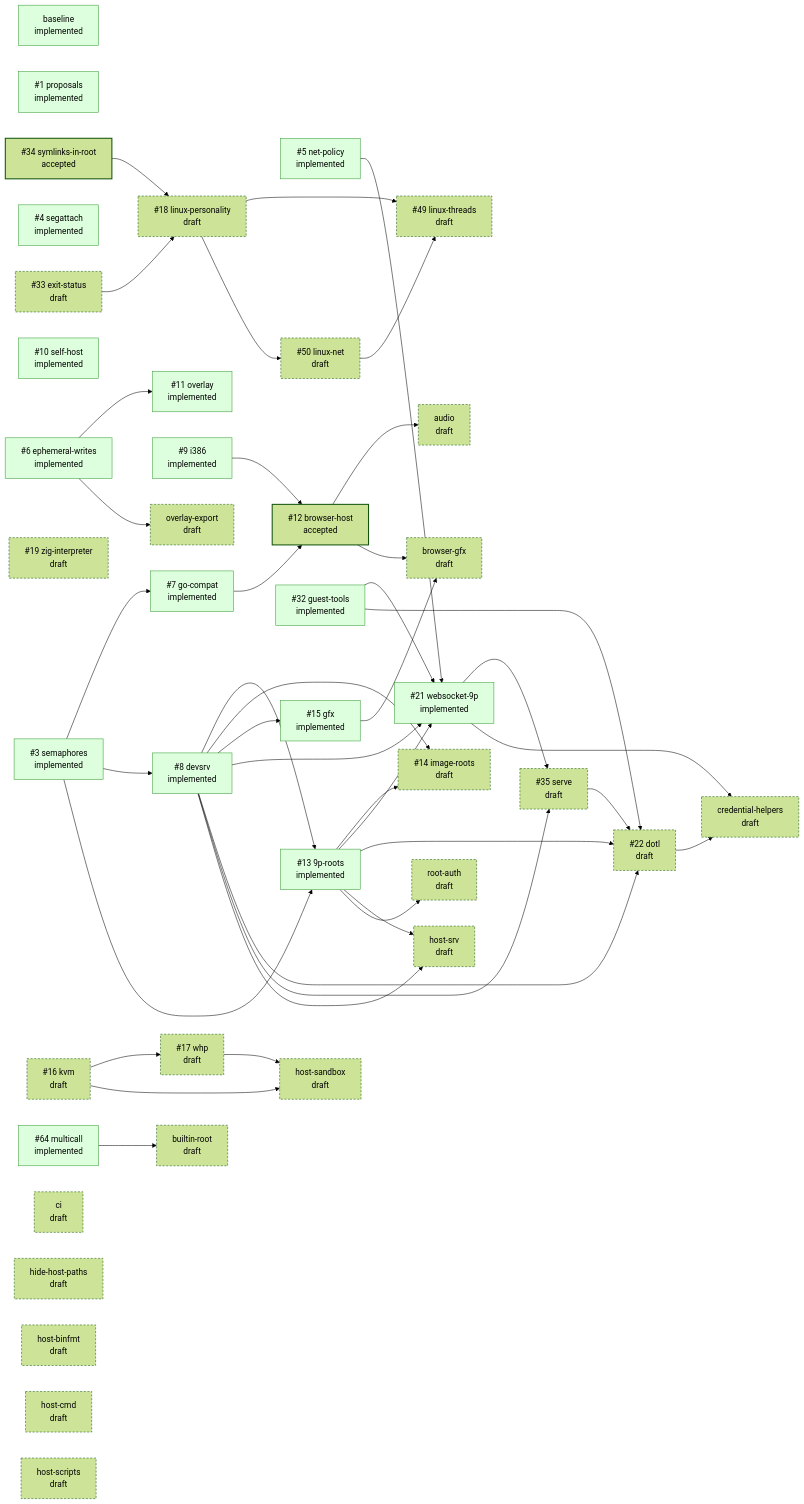
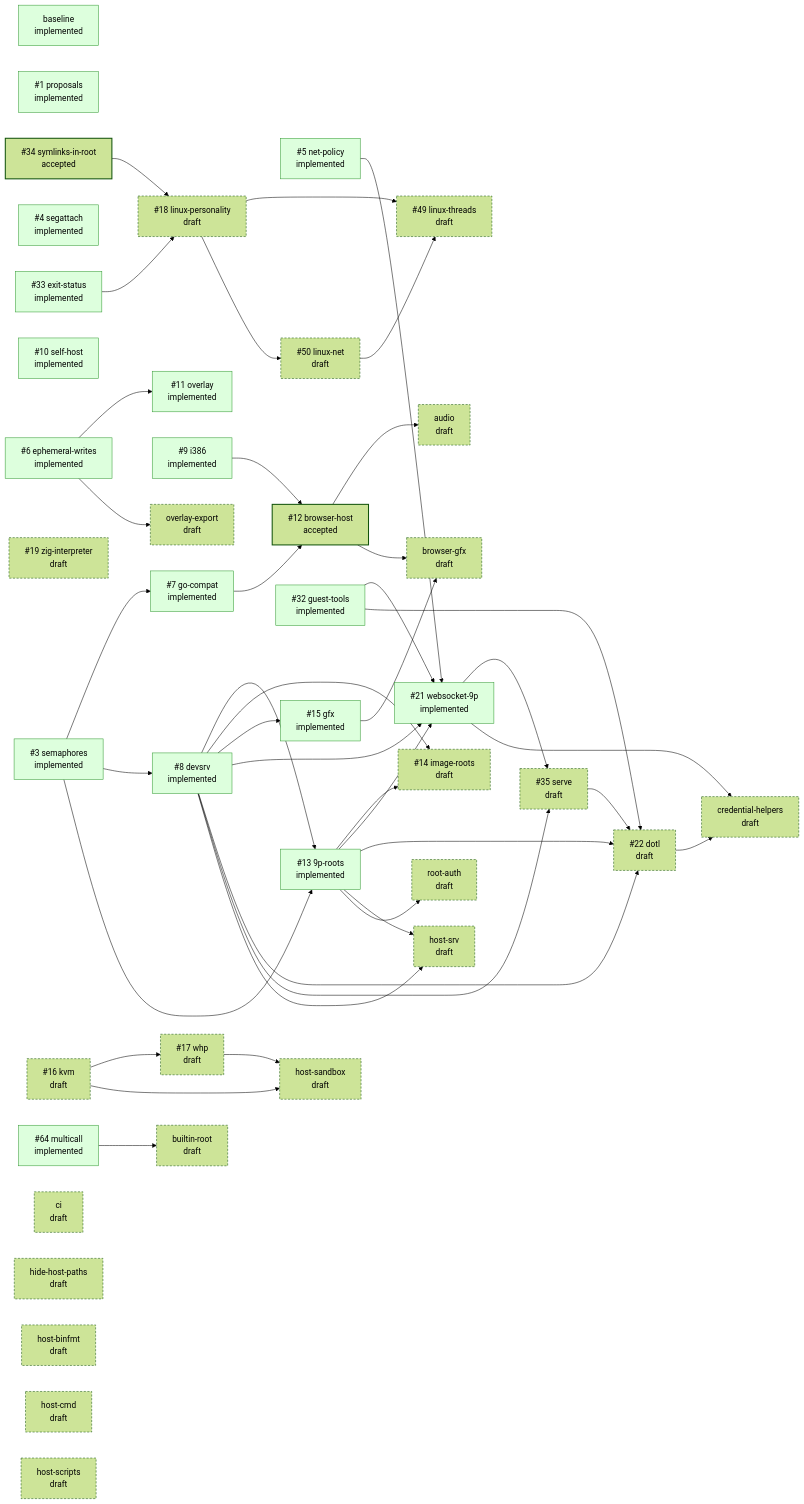
One commit to progrium/hyper9 changed the diagram in design/STATUS.md. Above: the diagram before and after it, drawn with Mermaid (forest theme). The commit also changed other lines of this file, not shown here.

Commit message:
design: regenerate STATUS.md

```diff
--- a/design/STATUS.md
+++ b/design/STATUS.md
@@ -76,7 +76,7 @@
   p_websocket_9p["#35;21 websocket-9p<br/>implemented"]:::implemented
   p_dotl["#35;22 dotl<br/>draft"]:::draft
   p_guest_tools["#35;32 guest-tools<br/>implemented"]:::implemented
-  p_exit_status["#35;33 exit-status<br/>draft"]:::draft
+  p_exit_status["#35;33 exit-status<br/>implemented"]:::implemented
   p_symlinks_in_root["#35;34 symlinks-in-root<br/>accepted"]:::accepted
   p_serve["#35;35 serve<br/>draft"]:::draft
   p_linux_threads["#35;49 linux-threads<br/>draft"]:::draft
```
